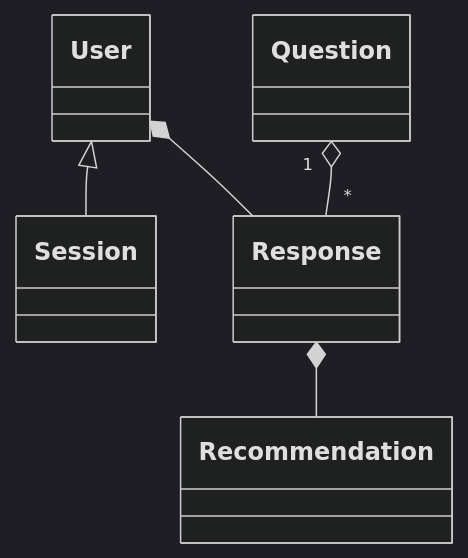
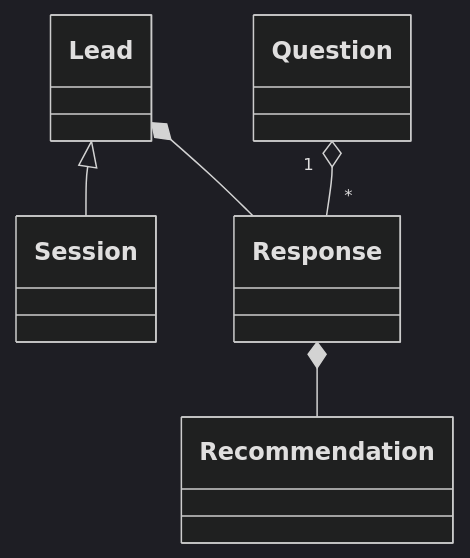
The diagram in documentation/PRD.md (andrestack/dinai), drawn with Mermaid (dark theme) before and after one commit. The commit also changed other lines of this file and 8 other files, not shown here.

````diff
--- a/documentation/PRD.md
+++ b/documentation/PRD.md
@@ -61,7 +59,7 @@
 ```mermaid
 classDiagram
-  User <|-- Session
-  User *-- Response
+  Lead <|-- Session
+  Lead *-- Response
   Question "1" o-- "*" Response
   Response *-- Recommendation
 ```
````
